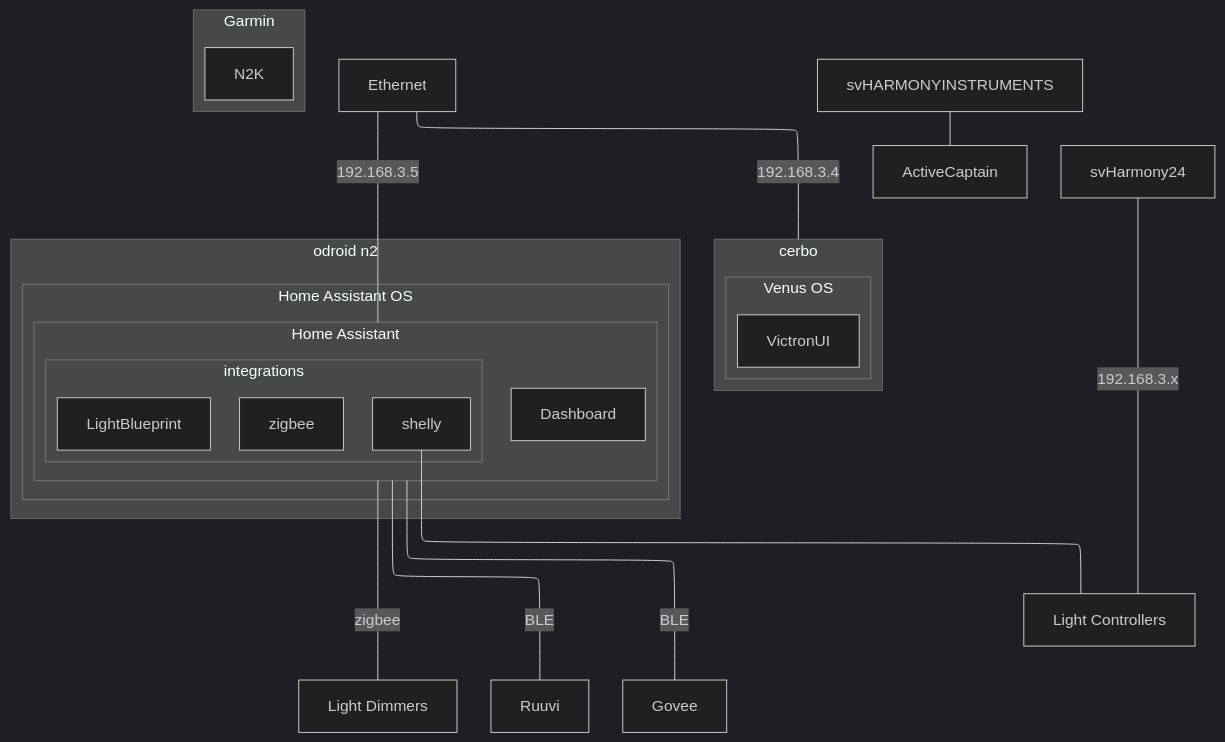
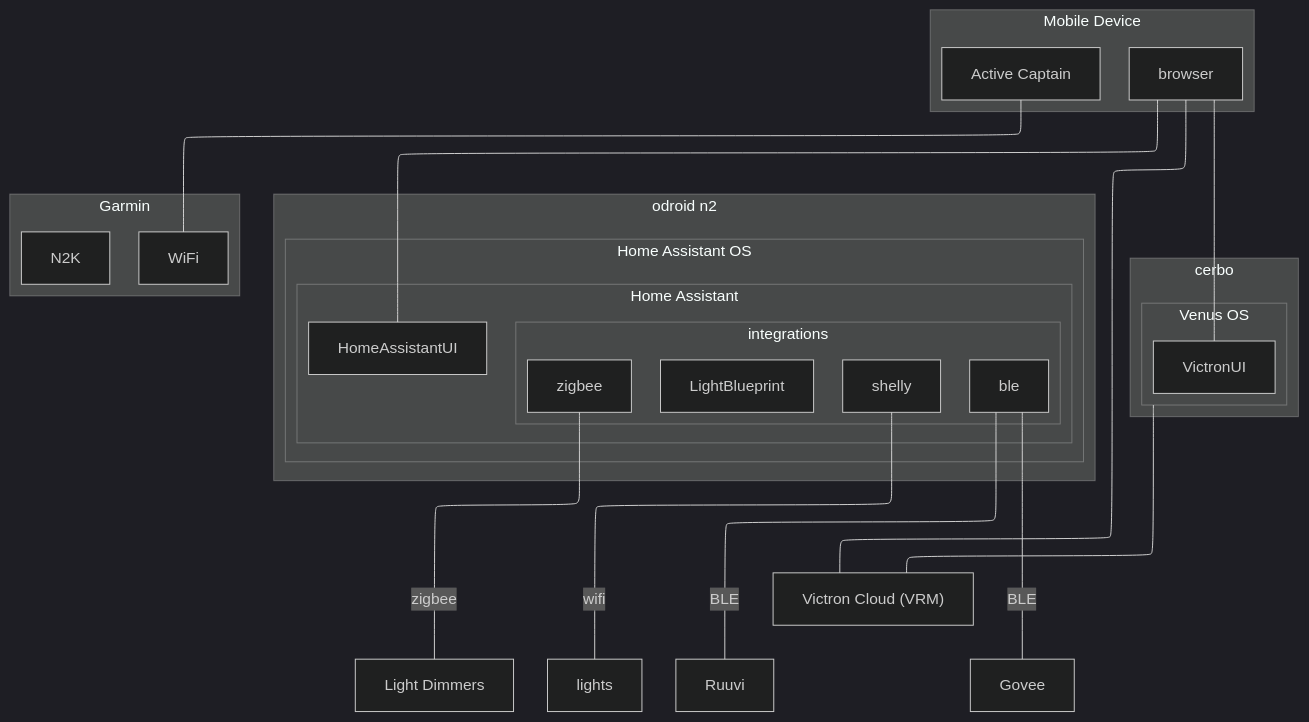
Before and after one commit to dcoon/svharmony: the second of 2 diagrams in owners_manual/Network.md, drawn with Mermaid (dark theme).

Commit message:
vault backup: 2024-01-14 18:00:23

````diff
--- a/owners_manual/Network.md
+++ b/owners_manual/Network.md
@@ -49,39 +49,46 @@
 ```mermaid
 flowchart-elk
 
 subgraph cerbo
 	subgraph venus["Venus OS"]
-		VictronUI
+		vui["VictronUI"]
 	end
 end
-Ethernet ---|192.168.3.4| cerbo
-
+venus --- vrm["Victron Cloud (VRM)"]
 
 subgraph odroid["odroid n2"]
 	subgraph haos["Home Assistant OS"]
 		subgraph ha["Home Assistant"]
-			Dashboard
+			haui["HomeAssistantUI"]
 			subgraph integrations
 				shelly
 				zigbee
+				ble
 				LightBlueprint
 			end
 		end
 	end
 end
-Ethernet ---|192.168.3.5| ha
-
 
 subgraph MFD["Garmin"]
 	N2K
+	WiFi
 end
-svHARMONYINSTRUMENTS --- ActiveCaptain
 
-ha ---|zigbee| dimmers["Light Dimmers"]
-svHarmony24 ---|192.168.3.x| lights["Light Controllers"]
-shelly --- lights
 
-ha ---|BLE| Ruuvi
-ha ---|BLE| Govee
+zigbee ---|zigbee| dimmers["Light Dimmers"]
+shelly ---|wifi| lights
+
+ble ---|BLE| Ruuvi
+ble ---|BLE| Govee
+
+subgraph mobile["Mobile Device"]
+	browser --- haui
+	browser --- vui
+
+	ac["Active Captain"] --- WiFi
+end
+
+browser --- vrm
 
 ```
````
